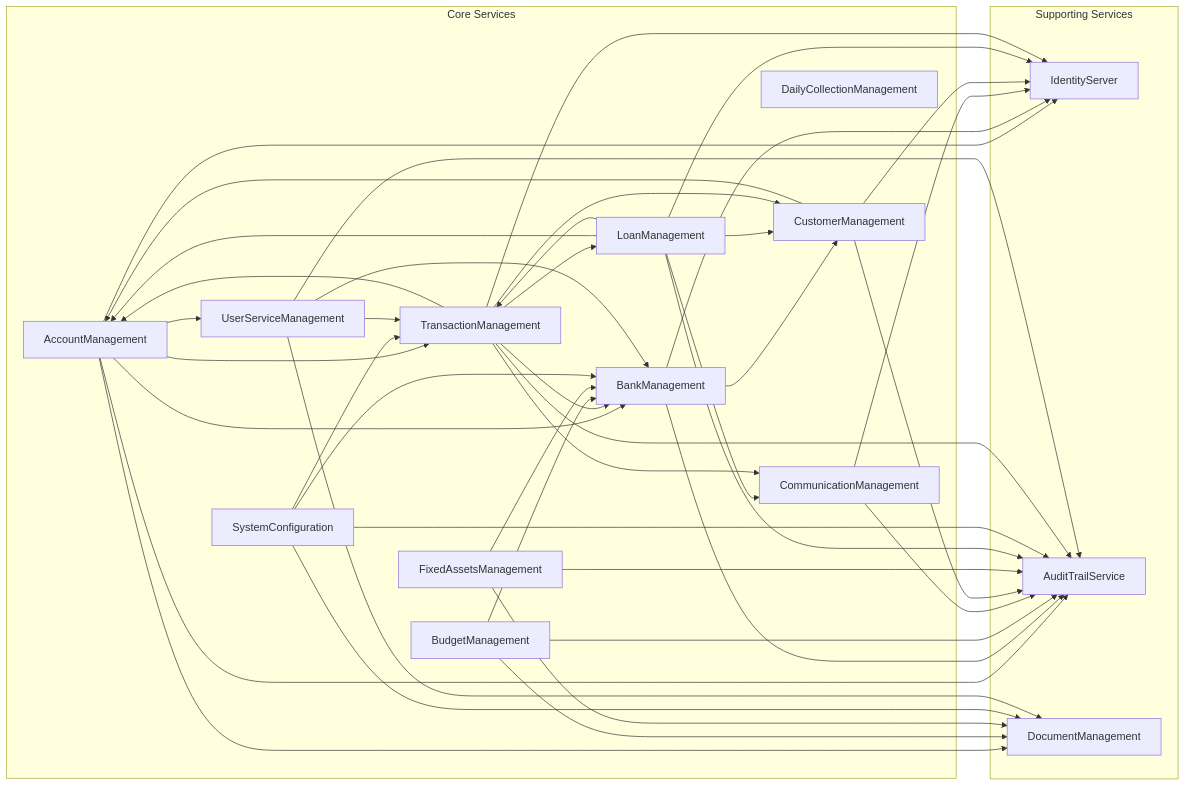
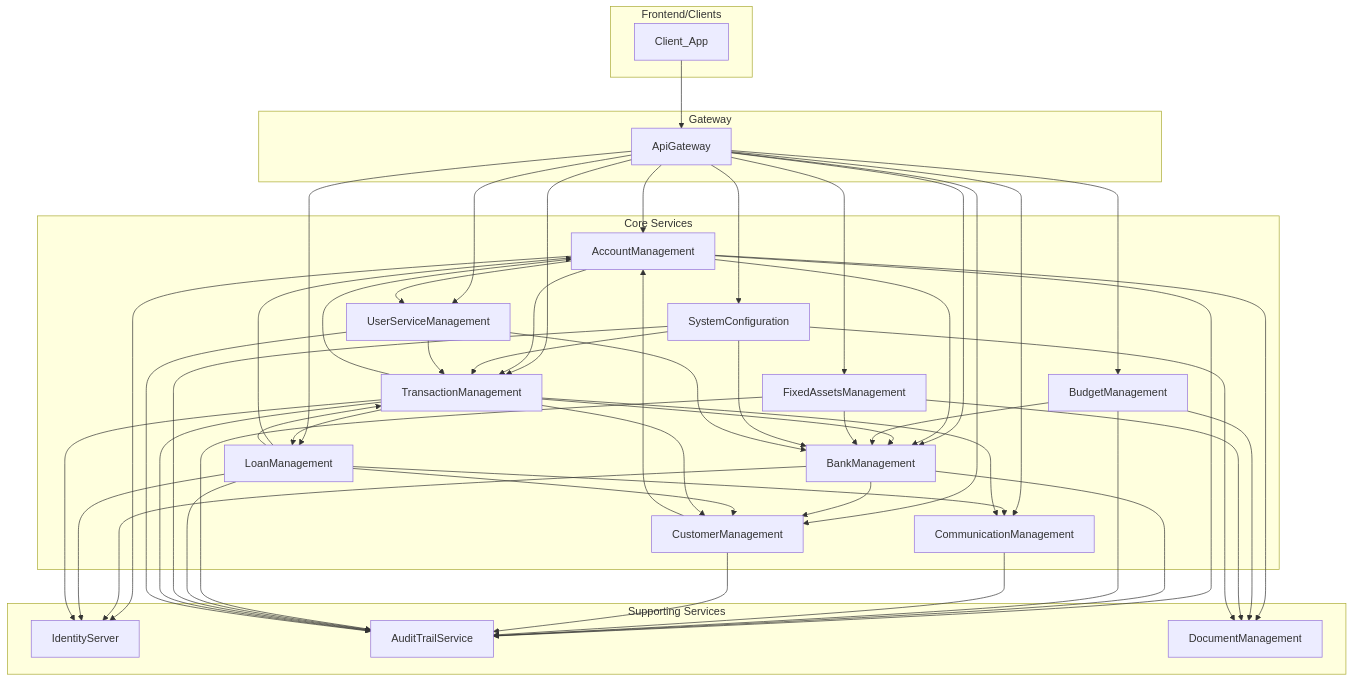
One commit to arnaudGHB/SampleFluxProject3 changed the diagram in ARCHITECTURAL_ANALYSIS.md. Above: the diagram before and after it, drawn with Mermaid. The commit also changed other lines of this file and 4 other files, not shown here.

First line of the commit message:
feat: Add final and complete architectural analysis report

````diff
--- a/ARCHITECTURAL_ANALYSIS.md
+++ b/ARCHITECTURAL_ANALYSIS.md
@@ -129,5 +130,13 @@
 ```mermaid
-graph LR
+graph TD
+    subgraph Frontend/Clients
+        Client_App
+    end
+
+    subgraph Gateway
+        ApiGateway
+    end
+
     subgraph Core Services
         AccountManagement
         BankManagement
@@ -139,7 +148,6 @@
         TransactionManagement
         UserServiceManagement
         CommunicationManagement
-        DailyCollectionManagement
     end
 
     subgraph Supporting Services
@@ -147,6 +155,19 @@
         AuditTrailService
         DocumentManagement
     end
+
+    Client_App --> ApiGateway
+
+    ApiGateway --> AccountManagement
+    ApiGateway --> BankManagement
+    ApiGateway --> BudgetManagement
+    ApiGateway --> CustomerManagement
+    ApiGateway --> FixedAssetsManagement
+    ApiGateway --> LoanManagement
+    ApiGateway --> SystemConfiguration
+    ApiGateway --> TransactionManagement
+    ApiGateway --> UserServiceManagement
+    ApiGateway --> CommunicationManagement
 
     AccountManagement --> BankManagement
     AccountManagement --> TransactionManagement
@@ -176,8 +197,6 @@
 
     AccountManagement --> IdentityServer
     BankManagement --> IdentityServer
-    CommunicationManagement --> IdentityServer
-    CustomerManagement --> IdentityServer
     LoanManagement --> IdentityServer
     TransactionManagement --> IdentityServer
 
@@ -196,5 +215,4 @@
     BudgetManagement --> DocumentManagement
     FixedAssetsManagement --> DocumentManagement
     SystemConfiguration --> DocumentManagement
-    UserServiceManagement --> DocumentManagement
 ```
````
